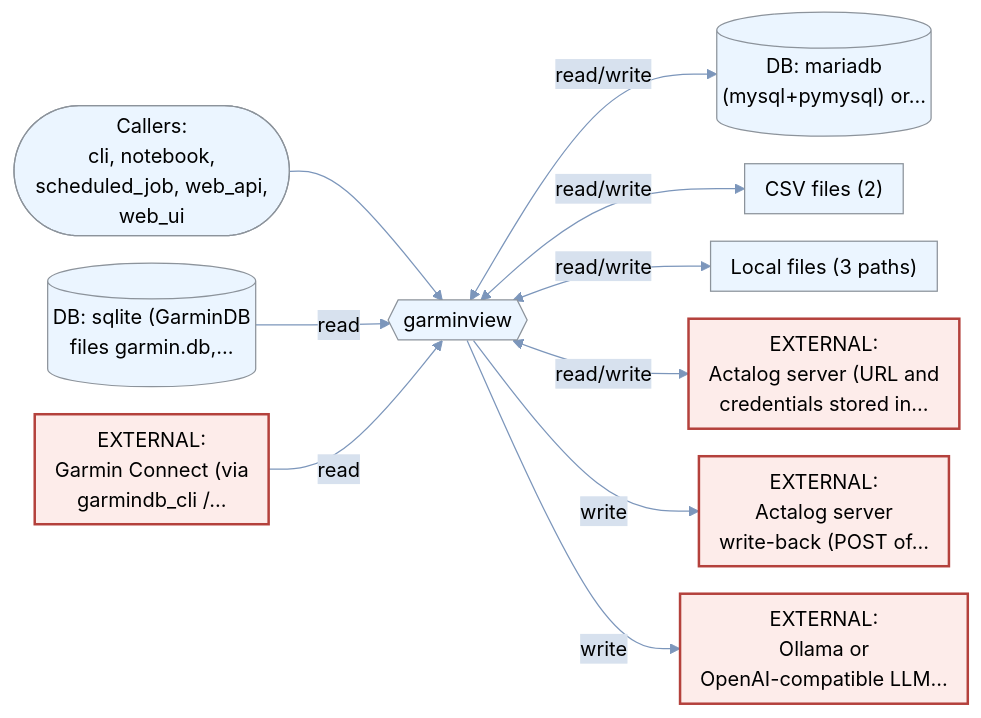
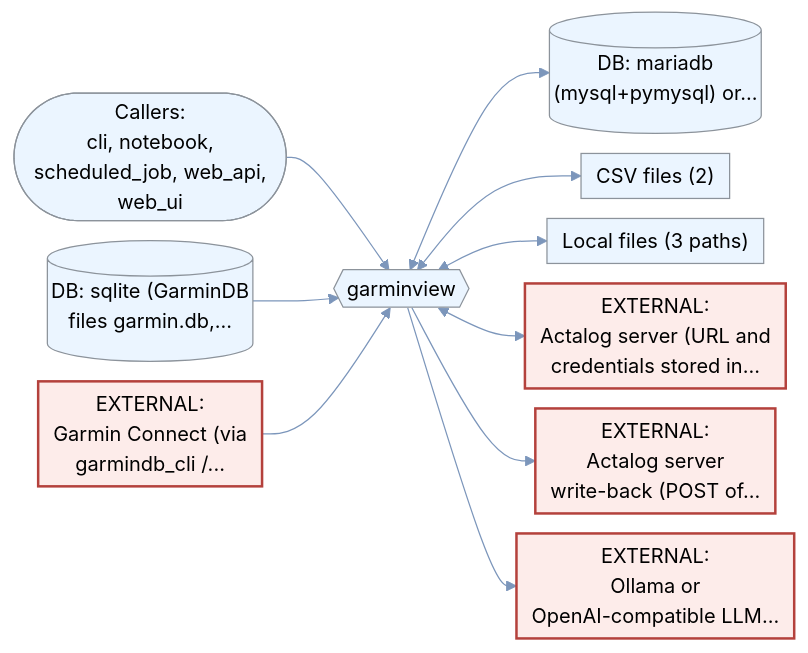
The tenth of 42 diagrams in outputs/johnzastrow_Summary.md (johnzastrow/Roux7375Testresults), drawn with Mermaid before and after one commit. The commit also changed other lines of this file, not shown here.

First line of the commit message:
Enlarge data flow diagram text for letter-size printing

````diff
--- a/outputs/johnzastrow_Summary.md
+++ b/outputs/johnzastrow_Summary.md
@@ -854,24 +854,24 @@
 ```mermaid
-%%{init: {"theme":"base","flowchart":{"useMaxWidth":true,"nodeSpacing":22,"rankSpacing":45,"padding":8},"themeVariables":{"background":"#ffffff","primaryColor":"#ebf5ff","primaryTextColor":"#000000","primaryBorderColor":"#8c939b","lineColor":"#7c96bb","secondaryColor":"#d7e1ee","tertiaryColor":"#c3d2e5","fontFamily":"\"Inter\", \"Noto Sans SC\", sans-serif","fontSize":"14","pie1":"#b4413c","pie2":"#d9893b","pie3":"#7c96bb","pie4":"#73A78D","pie5":"#CB9B7A","pie6":"#6B8CAE","pie7":"#c3d2e5","pie8":"#8c939b"}}}%%
+%%{init: {"theme":"base","flowchart":{"useMaxWidth":true,"nodeSpacing":16,"rankSpacing":38,"padding":6},"themeVariables":{"background":"#ffffff","primaryColor":"#ebf5ff","primaryTextColor":"#000000","primaryBorderColor":"#8c939b","lineColor":"#7c96bb","secondaryColor":"#d7e1ee","tertiaryColor":"#c3d2e5","fontFamily":"\"Inter\", \"Noto Sans SC\", sans-serif","fontSize":"17","pie1":"#b4413c","pie2":"#d9893b","pie3":"#7c96bb","pie4":"#73A78D","pie5":"#CB9B7A","pie6":"#6B8CAE","pie7":"#c3d2e5","pie8":"#8c939b"}}}%%
 flowchart LR
     APP{{"garminview"}}
     U(["Callers:<br>cli, notebook,<br>scheduled_job, web_api,<br>web_ui"]) --> APP
     D1[("DB: mariadb<br>(mysql+pymysql) or...")]
-    APP <-->|read/write| D1
+    APP <--> D1
     D2[("DB: sqlite (GarminDB<br>files garmin.db,...")]
-    D2 -->|read| APP
+    D2 --> APP
     O3["CSV files (2)"]
-    APP <-->|read/write| O3
+    APP <--> O3
     F4["Local files (3 paths)"]
-    APP <-->|read/write| F4
+    APP <--> F4
     E5["EXTERNAL:<br>Garmin Connect (via<br>garmindb_cli /..."]
-    E5 -->|read| APP
+    E5 --> APP
     E6["EXTERNAL:<br>Actalog server (URL and<br>credentials stored in..."]
-    APP <-->|read/write| E6
+    APP <--> E6
     E7["EXTERNAL:<br>Actalog server<br>write-back (POST of..."]
-    APP -->|write| E7
+    APP --> E7
     E8["EXTERNAL:<br>Ollama or<br>OpenAI-compatible LLM..."]
-    APP -->|write| E8
+    APP --> E8
     class E5,E6,E7,E8 ext
     classDef ext fill:#fdecea,stroke:#b4413c,stroke-width:2px,color:#000000
 ```
````
